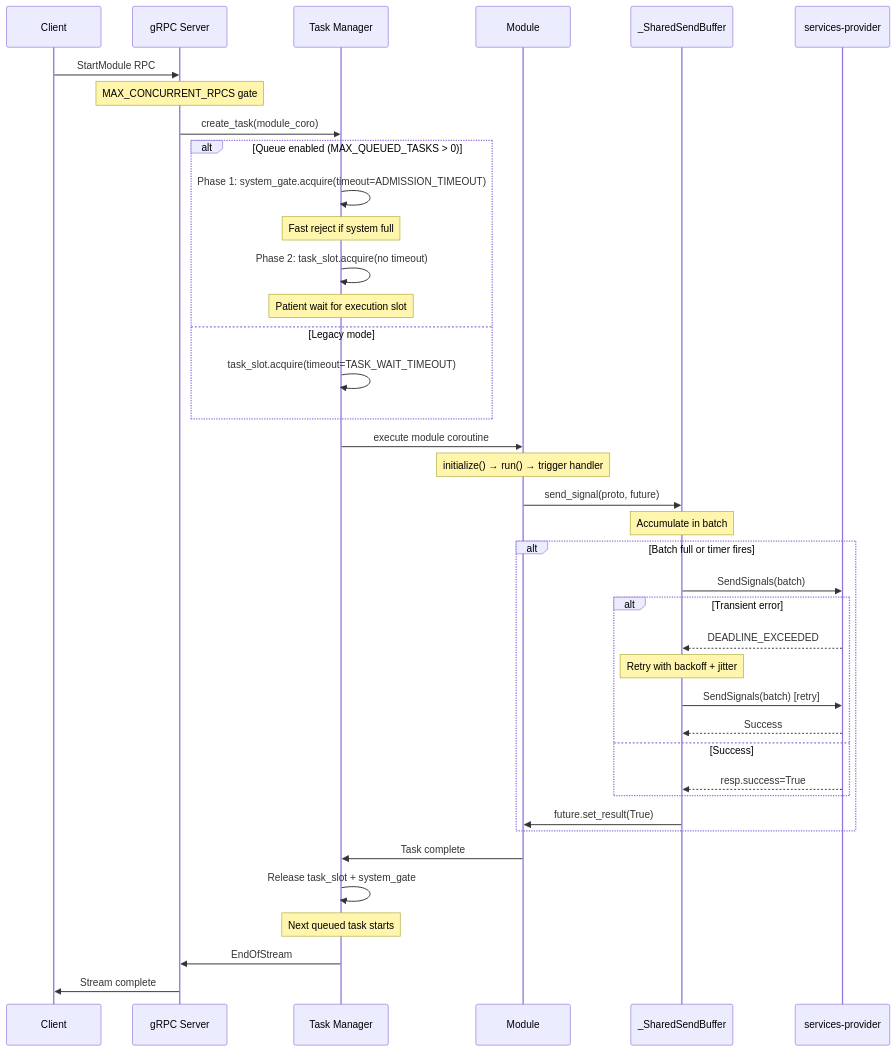
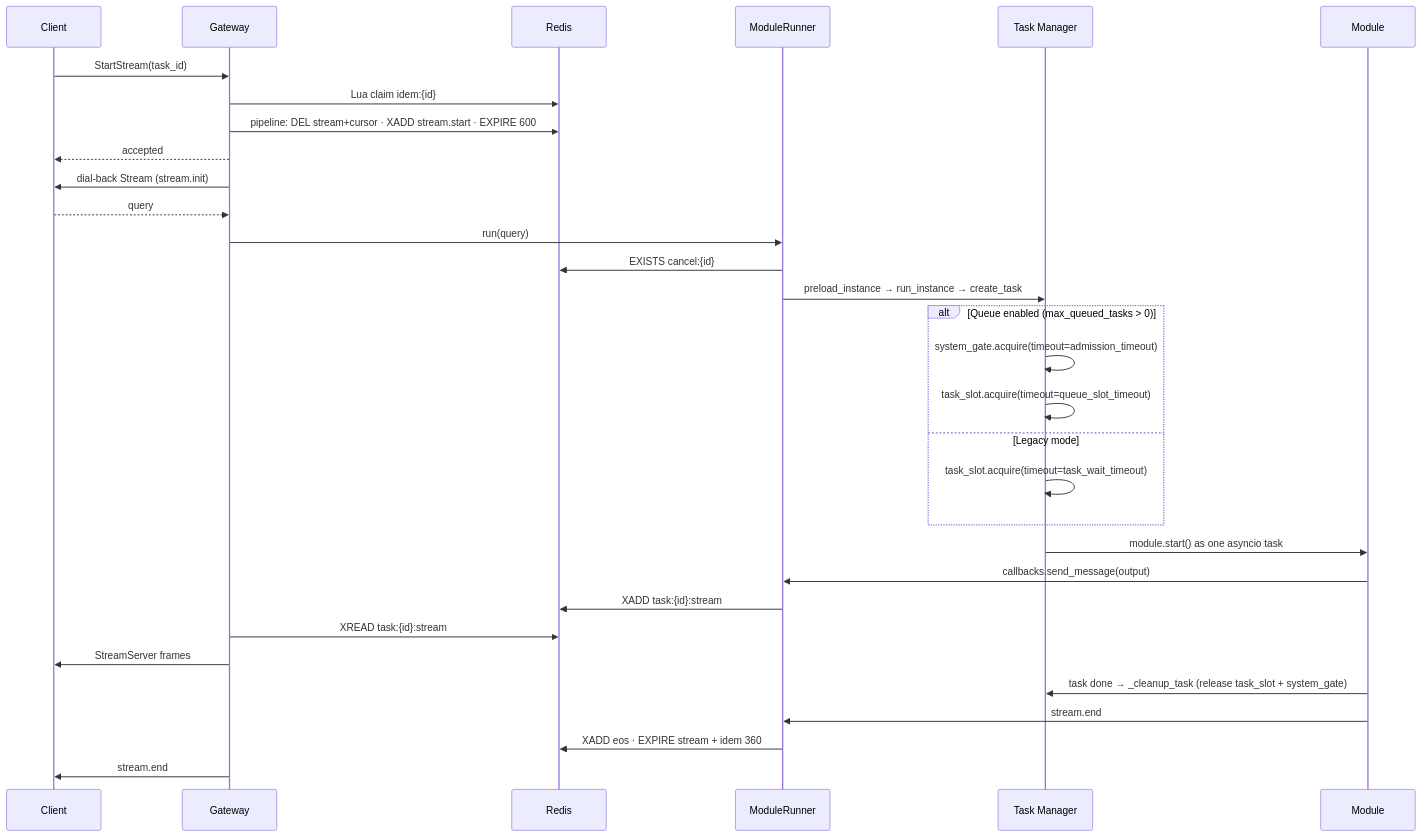
The second of 2 diagrams in docs/architecture/concurrency-model.md (DigitalKin-ai/digitalkin), drawn with Mermaid before and after one commit. The commit also changed other lines of this file and 141 other files, not shown here.

````diff
--- a/docs/architecture/concurrency-model.md
+++ b/docs/architecture/concurrency-model.md
@@ -69,49 +60,37 @@
 ```mermaid
 sequenceDiagram
     participant C as Client
-    participant GS as gRPC Server
+    participant G as Gateway
+    participant R as Redis
+    participant MR as ModuleRunner
     participant TM as Task Manager
     participant M as Module
-    participant SB as _SharedSendBuffer
-    participant SP as services-provider
 
-    C->>GS: StartModule RPC
-    Note over GS: MAX_CONCURRENT_RPCS gate
+    C->>G: StartStream(task_id)
+    G->>R: Lua claim idem:{id}
+    G->>R: pipeline: DEL stream+cursor · XADD stream.start · EXPIRE 600
+    G-->>C: accepted
+    G->>C: dial-back Stream (stream.init)
+    C-->>G: query
+    G->>MR: run(query)
+    MR->>R: EXISTS cancel:{id}
+    MR->>TM: preload_instance → run_instance → create_task
 
-    GS->>TM: create_task(module_coro)
-
-    alt Queue enabled (MAX_QUEUED_TASKS > 0)
-        TM->>TM: Phase 1: system_gate.acquire(timeout=ADMISSION_TIMEOUT)
-        Note over TM: Fast reject if system full
-        TM->>TM: Phase 2: task_slot.acquire(no timeout)
-        Note over TM: Patient wait for execution slot
+    alt Queue enabled (max_queued_tasks > 0)
+        TM->>TM: system_gate.acquire(timeout=admission_timeout)
+        TM->>TM: task_slot.acquire(timeout=queue_slot_timeout)
     else Legacy mode
-        TM->>TM: task_slot.acquire(timeout=TASK_WAIT_TIMEOUT)
+        TM->>TM: task_slot.acquire(timeout=task_wait_timeout)
     end
 
-    TM->>M: execute module coroutine
-    Note over M: initialize() → run() → trigger handler
+    TM->>M: module.start() as one asyncio task
+    M->>MR: callbacks.send_message(output)
+    MR->>R: XADD task:{id}:stream
+    G->>R: XREAD task:{id}:stream
+    G->>C: StreamServer frames
 
-    M->>SB: send_signal(proto, future)
-    Note over SB: Accumulate in batch
-
-    alt Batch full or timer fires
-        SB->>SP: SendSignals(batch)
-        alt Transient error
-            SP-->>SB: DEADLINE_EXCEEDED
-            Note over SB: Retry with backoff + jitter
-            SB->>SP: SendSignals(batch) [retry]
-            SP-->>SB: Success
-        else Success
-            SP-->>SB: resp.success=True
-        end
-        SB->>M: future.set_result(True)
-    end
-
-    M->>TM: Task complete
-    TM->>TM: Release task_slot + system_gate
-    Note over TM: Next queued task starts
-
-    TM->>GS: EndOfStream
-    GS->>C: Stream complete
+    M->>TM: task done → _cleanup_task (release task_slot + system_gate)
+    M->>MR: stream.end
+    MR->>R: XADD eos · EXPIRE stream + idem 360
+    G->>C: stream.end
 ```
````
